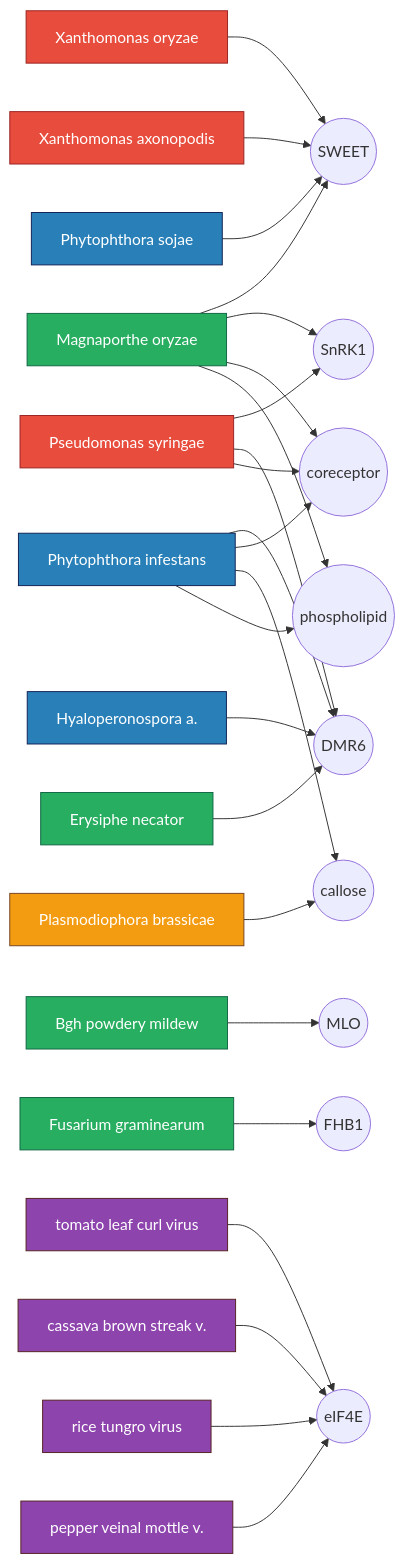
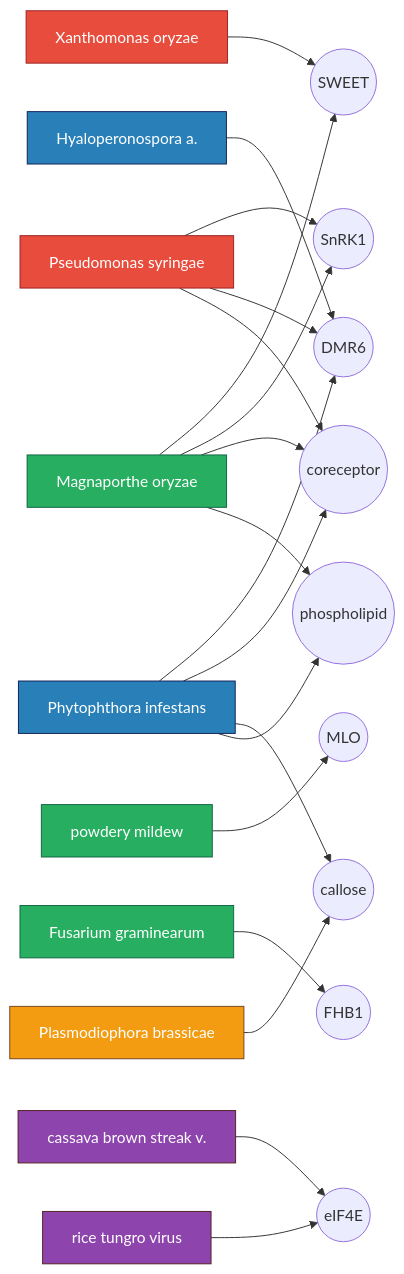
The diagram in docs/network.md (ABengani17/funcgenomic), drawn with Mermaid before and after one commit. The commit also changed other lines of this file and 5 other files, not shown here.

Commit message:
Trim README and docs: drop fluff, keep substance and one main diagram

````diff
--- a/docs/network.md
+++ b/docs/network.md
@@ -7,58 +5,48 @@
 ```mermaid
 flowchart LR
   Xoo[Xanthomonas oryzae]:::bact
-  Xao[Xanthomonas axonopodis]:::bact
   Pst[Pseudomonas syringae]:::bact
   Mo[Magnaporthe oryzae]:::fung
-  Bgh[Bgh powdery mildew]:::fung
-  En[Erysiphe necator]:::fung
+  Bgh[powdery mildew]:::fung
   Fg[Fusarium graminearum]:::fung
   Pi[Phytophthora infestans]:::oom
   Hpa[Hyaloperonospora a.]:::oom
-  Ps[Phytophthora sojae]:::oom
-  Tlcv[tomato leaf curl virus]:::vir
   Cbsv[cassava brown streak v.]:::vir
   Rtv[rice tungro virus]:::vir
-  Pvmv[pepper veinal mottle v.]:::vir
   Pb[Plasmodiophora brassicae]:::prot
 
   SWEET((SWEET))
   MLO((MLO))
   eIF((eIF4E))
   DMR((DMR6))
   SnRK((SnRK1))
   CALL((callose))
   COREC((coreceptor))
   PHOS((phospholipid))
   FHB((FHB1))
 
   Xoo --> SWEET
-  Xao --> SWEET
   Mo --> SWEET
-  Ps --> SWEET
   Mo --> SnRK
   Pst --> SnRK
   Bgh --> MLO
   Pi --> DMR
   Hpa --> DMR
   Pst --> DMR
-  En --> DMR
   Pst --> COREC
   Mo --> COREC
   Pi --> COREC
-  Tlcv --> eIF
   Cbsv --> eIF
   Rtv --> eIF
-  Pvmv --> eIF
   Pb --> CALL
   Pi --> CALL
   Pi --> PHOS
   Mo --> PHOS
   Fg --> FHB
 
   classDef bact fill:#e74c3c,stroke:#922,color:#fff
   classDef fung fill:#27ae60,stroke:#164,color:#fff
   classDef oom  fill:#2980b9,stroke:#125,color:#fff
   classDef vir  fill:#8e44ad,stroke:#522,color:#fff
   classDef prot fill:#f39c12,stroke:#742,color:#fff
 ```
````
